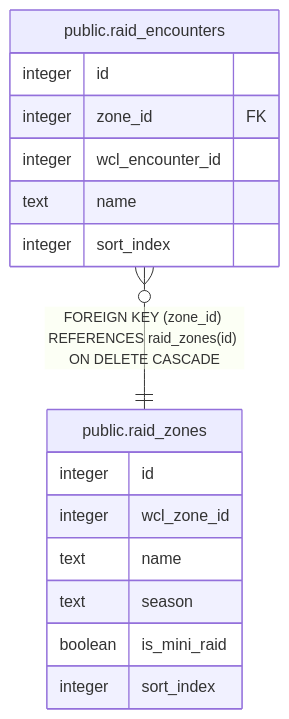
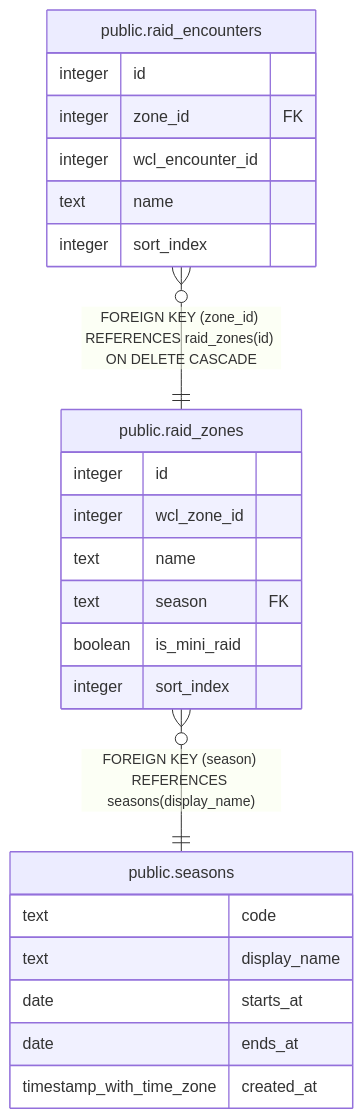
Before and after one commit to katogaming88/WGA-Raid-Hub: the diagram in dbdoc/public.raid_zones.md, drawn with Mermaid. The commit also changed other lines of this file and 64 other files, not shown here.

First line of the commit message:
A seasons table, a foreign key on every season column, and the sync keeping the team's stamp (v3.123.0) (#1194)

````diff
--- a/dbdoc/public.raid_zones.md
+++ b/dbdoc/public.raid_zones.md
@@ -30,21 +31,29 @@
 ```mermaid
 erDiagram
 
 "public.raid_encounters" }o--|| "public.raid_zones" : "FOREIGN KEY (zone_id) REFERENCES raid_zones(id) ON DELETE CASCADE"
+"public.raid_zones" }o--|| "public.seasons" : "FOREIGN KEY (season) REFERENCES seasons(display_name)"
 
 "public.raid_zones" {
   integer id
   integer wcl_zone_id
   text name
-  text season
+  text season FK
   boolean is_mini_raid
   integer sort_index
 }
 "public.raid_encounters" {
   integer id
   integer zone_id FK
   integer wcl_encounter_id
   text name
   integer sort_index
 }
+"public.seasons" {
+  text code
+  text display_name
+  date starts_at
+  date ends_at
+  timestamp_with_time_zone created_at
+}
 ```
````
